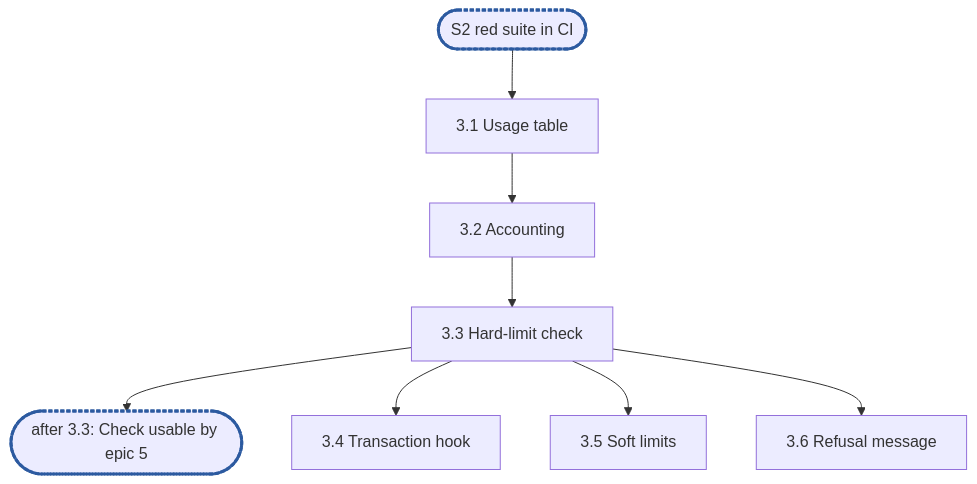
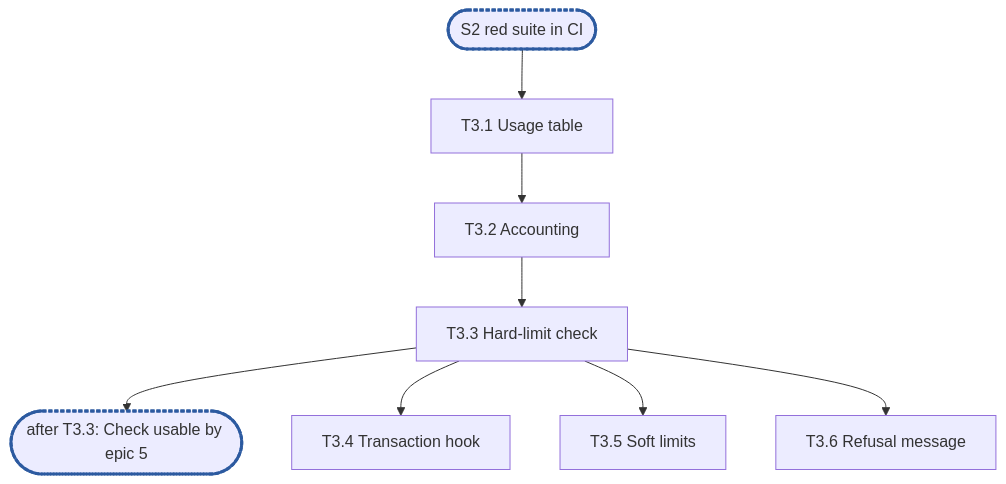
One commit to marmos91/dittofs changed the diagram in .claude/skills/epic-breakdown/example-epic.md. Above: the diagram before and after it, drawn with Mermaid. The commit also changed other lines of this file and 2 other files, not shown here.

````diff
--- a/.claude/skills/epic-breakdown/example-epic.md
+++ b/.claude/skills/epic-breakdown/example-epic.md
@@ -191,8 +191,8 @@
 ```mermaid
 flowchart TD
-  S2(["S2 red suite in CI"]):::sync --> T1["3.1 Usage table"]
-  T1 --> T2["3.2 Accounting"] --> T3["3.3 Hard-limit check"]
-  T3 --> C1(["after 3.3: Check usable by epic 5"]):::sync
-  T3 --> T4["3.4 Transaction hook"] & T5["3.5 Soft limits"] & T6["3.6 Refusal message"]
+  S2(["S2 red suite in CI"]):::sync --> T1["T3.1 Usage table"]
+  T1 --> T2["T3.2 Accounting"] --> T3["T3.3 Hard-limit check"]
+  T3 --> C1(["after T3.3: Check usable by epic 5"]):::sync
+  T3 --> T4["T3.4 Transaction hook"] & T5["T3.5 Soft limits"] & T6["T3.6 Refusal message"]
   classDef sync stroke:#2c5aa0,stroke-width:3px,stroke-dasharray:4 2
 ```
````
